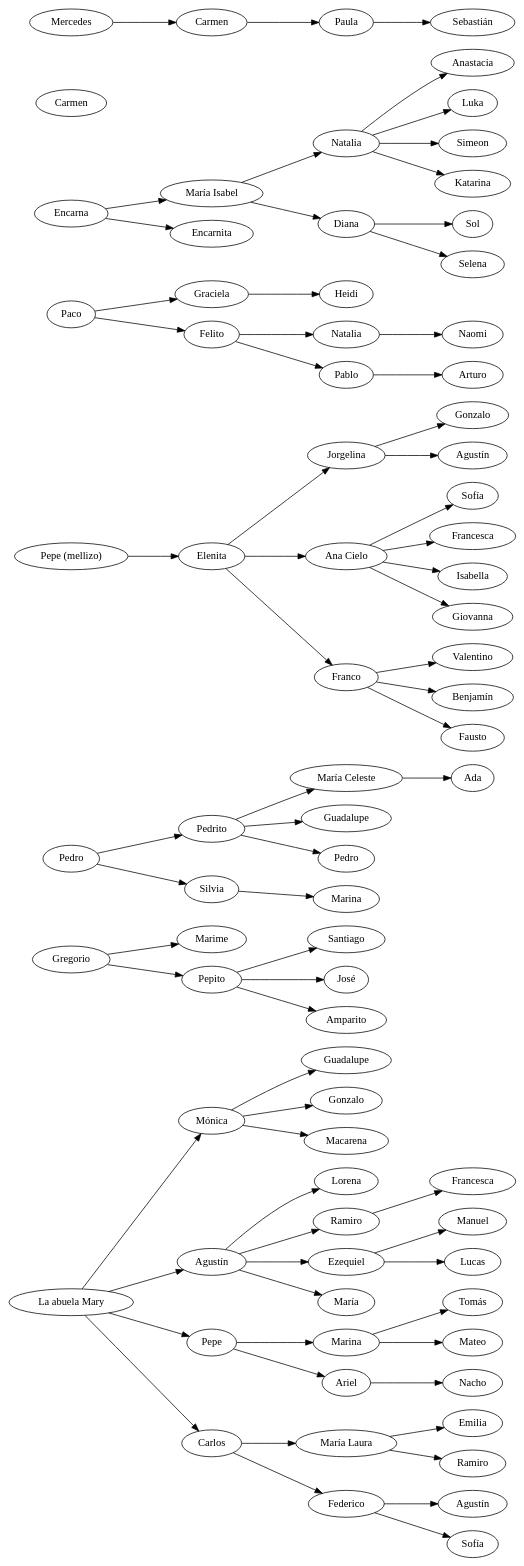
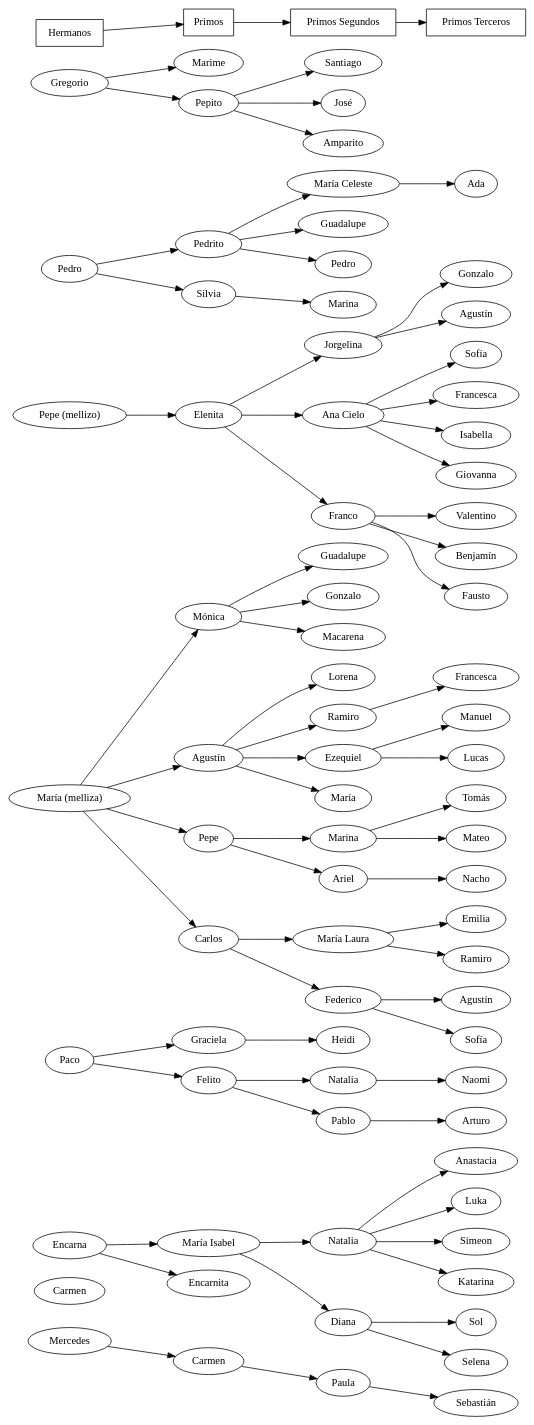
One commit to ramiror/gomitada changed the diagram in gomitada.dot. Above: the diagram before and after it, drawn with Graphviz. The commit also changed 1 other file, not shown here.

```diff
--- a/gomitada.dot
+++ b/gomitada.dot
@@ -1,98 +1,109 @@
 digraph {
     rankdir=LR
-    mari [label="La abuela Mary"]
+    Hermanos [shape="box"]
+    Primos [shape="box"]
+    "Primos Segundos" [shape="box"]
+    "Primos Terceros" [shape="box"]
+    Hermanos -> Primos -> "Primos Segundos" -> "Primos Terceros"
     Gregorio
     Pedro
     pm [label="Pepe (mellizo)"]
+    mari [label="María (melliza)"]
     Paco
     Encarna
     Carmen
     Mercedes
+
+    {
+        rank=same
+        Hermanos -> Gregorio -> Pedro -> pm -> mari -> Paco -> Encarna -> Carmen -> Mercedes [style="invis"]
+    }
+
     Gregorio -> Marime
     Gregorio -> Pepito
     Pedro -> Pedrito
     Pedro -> Silvia
     pm -> Elenita
     Paco -> Graciela -> Heidi
     Paco -> Felito
     Isabel [label="María Isabel"]
     Encarna -> Isabel
     Encarna -> Encarnita
     Carmen_Mercedes [label="Carmen"]
     sebas [label="Sebastián"]
     Mercedes -> Carmen_Mercedes -> Paula -> sebas
     natalia_isabel [label="Natalia"]
     Isabel -> natalia_isabel
     Isabel -> Diana
     natalia_isabel -> Anastacia
     natalia_isabel -> Luka
     natalia_isabel -> Simeon
     kiki [label="Katarina"]
     natalia_isabel -> kiki
     Diana -> Sol
     Diana -> Selena
     moni [label="Mónica"]
     agus [label="Agustín"]
     mari -> agus
     mari -> Pepe
     mari -> Carlos
     mari -> moni
     agus -> Lorena
     agus -> Ramiro -> Francesca
     agus -> Ezequiel
     Maria_Agus [label="María"]
     agus -> Maria_Agus
     moni -> Guadalupe
     moni -> Gonzalo
     moni -> Macarena
     piqui [label="María Laura"]
     Carlos -> piqui
     Carlos -> Federico
     Pepe -> Marina
     Pepe -> Ariel -> Nacho
     Ezequiel -> Manuel
     Ezequiel -> Lucas
     Felito -> Natalia -> Naomi
     Felito -> Pablo -> Arturo
     piqui -> Emilia
     Ramiro_Piqui [label="Ramiro"]
     piqui -> Ramiro_Piqui
     Agus_Fede [label="Agustín"]
     Federico -> Agus_Fede
     sofi [label="Sofía"]
     Federico -> sofi
     Tomas [label="Tomás"]
     Marina -> Tomas
     Marina -> Mateo
     Pepito -> Santiago
     Jose [label="José"]
     Pepito -> Jose
     Pepito -> Amparito
     Elenita -> Jorgelina
     AnaCielo [label="Ana Cielo"]
     Elenita -> AnaCielo
     Elenita -> Franco
     Gonzalo_Jorgelina [label="Gonzalo"]
     Agus_Jorgelina [label="Agustín"]
     Jorgelina -> Agus_Jorgelina
     Jorgelina -> Gonzalo_Jorgelina
     Sofia_AnaCielo [label="Sofía"]
     Francesca_AnaCielo [label="Francesca"]
     AnaCielo -> Sofia_AnaCielo
     AnaCielo -> Francesca_AnaCielo
     AnaCielo -> Isabella
     AnaCielo -> Giovanna
     Franco -> Valentino
     Benja [label="Benjamín"]
     Franco -> Benja
     Franco -> Fausto
     macel [label="María Celeste"]
     guada_pedrito [label="Guadalupe"]
     pedro_pedrito [label="Pedro"]
     Pedrito -> macel
     Pedrito -> guada_pedrito
     Pedrito -> pedro_pedrito
     marina_silvia [label="Marina"]
     Silvia -> marina_silvia
     macel -> Ada
 }
```
